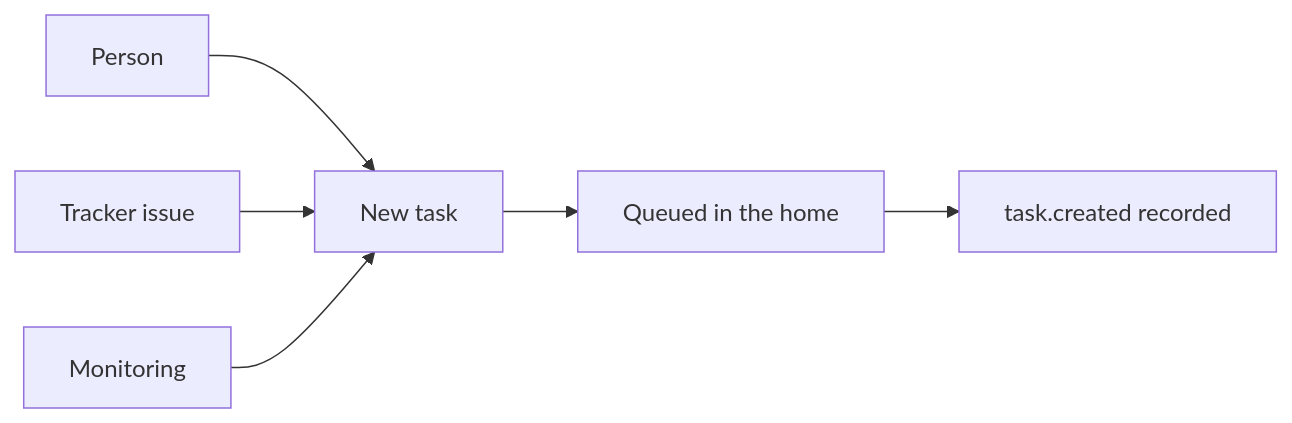
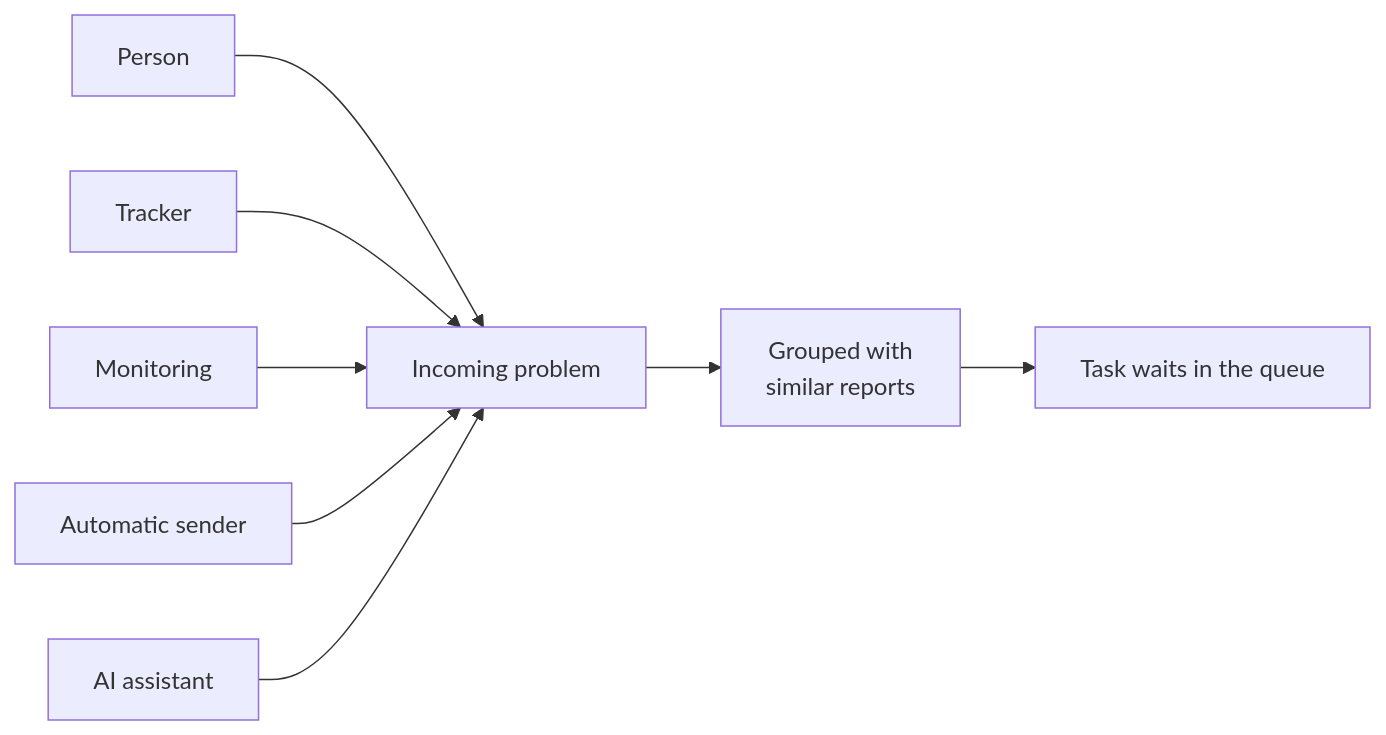
One commit to michaelatamuk/openjiuwen-works changed the second of 11 diagrams in docs/guides/how-a-fix-flows.md. Above: the diagram before and after it, drawn with Mermaid. The commit also changed other lines of this file and 47 other files, not shown here.

````diff
--- a/docs/guides/how-a-fix-flows.md
+++ b/docs/guides/how-a-fix-flows.md
@@ -33,8 +40,10 @@
 ```mermaid
 flowchart LR
-    A[Person] --> D[New task]
-    B[Tracker issue] --> D
+    A[Person] --> D[Incoming problem]
+    B[Tracker] --> D
     C[Monitoring] --> D
-    D --> Q[Queued in the home]
-    Q --> E[task.created recorded]
+    W[Automatic sender] --> D
+    M[AI assistant] --> D
+    D --> G[Grouped with<br/>similar reports]
+    G --> Q[Task waits in the queue]
 ```
````
